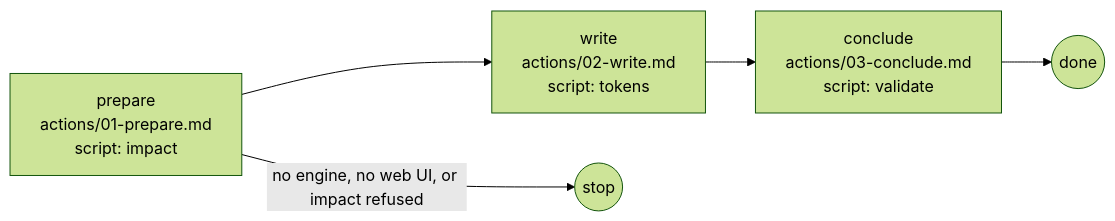
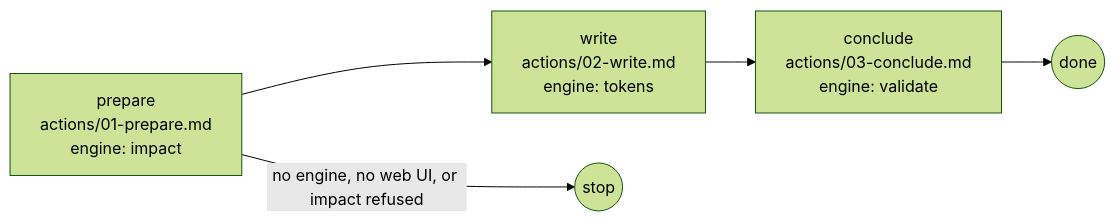
The diagram in plugins/aidd-ui/skills/01-system/SKILL.md (ai-driven-dev/framework), drawn with Mermaid (forest theme) before and after one commit. The commit also changed other lines of this file and 8 other files, not shown here.

````diff
--- a/plugins/aidd-ui/skills/01-system/SKILL.md
+++ b/plugins/aidd-ui/skills/01-system/SKILL.md
@@ -10,7 +10,7 @@
 ```mermaid
 flowchart LR
-  prepare["prepare<br>actions/01-prepare.md<br>script: impact"] --> write["write<br>actions/02-write.md<br>script: tokens"]
-  write --> conclude["conclude<br>actions/03-conclude.md<br>script: validate"]
+  prepare["prepare<br>actions/01-prepare.md<br>engine: impact"] --> write["write<br>actions/02-write.md<br>engine: tokens"]
+  write --> conclude["conclude<br>actions/03-conclude.md<br>engine: validate"]
   conclude --> done((done))
   prepare -->|"no engine, no web UI, or impact refused"| stop((stop))
 ```
````
